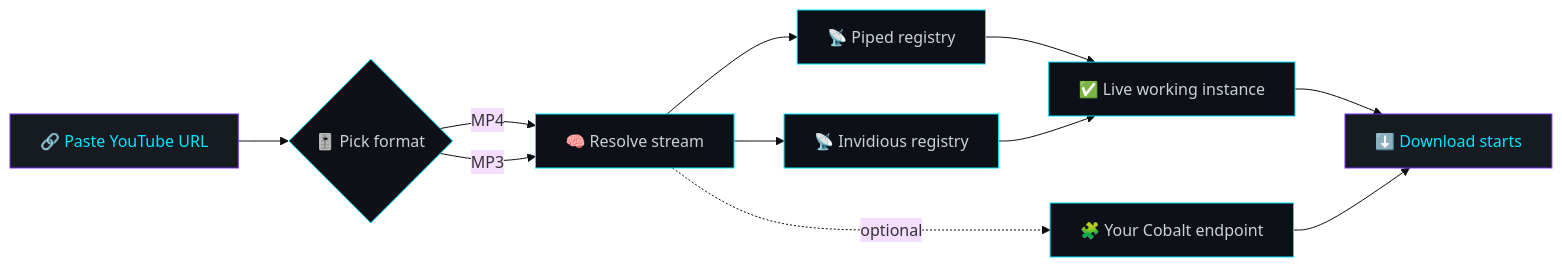
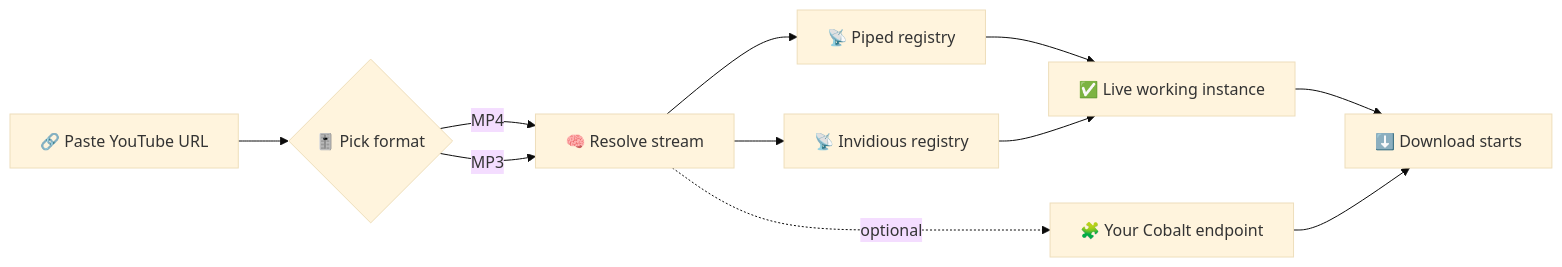
The diagram in README.md (HexSleuth/HEXTube-Downloader), drawn with Mermaid (base theme) before and after one commit. The commit also changed other lines of this file, not shown here.

````diff
--- a/README.md
+++ b/README.md
@@ -124,17 +108,13 @@
 ```mermaid
 flowchart LR
     A["🔗 Paste YouTube URL"] --> B{"🎚️ Pick format"}
     B -->|MP4| C["🧠 Resolve stream"]
     B -->|MP3| C
     C --> D["📡 Piped registry"]
     C --> E["📡 Invidious registry"]
     D --> F["✅ Live working instance"]
     E --> F
     F --> G["⬇️ Download starts"]
     C -.->|optional| H["🧩 Your Cobalt endpoint"]
     H --> G
-
-    classDef default fill:#0D1117,stroke:#00E5FF,color:#c9d1d9
-    classDef accent fill:#161b22,stroke:#7B2FF7,color:#00E5FF
-    class A,G accent
 ```
````
